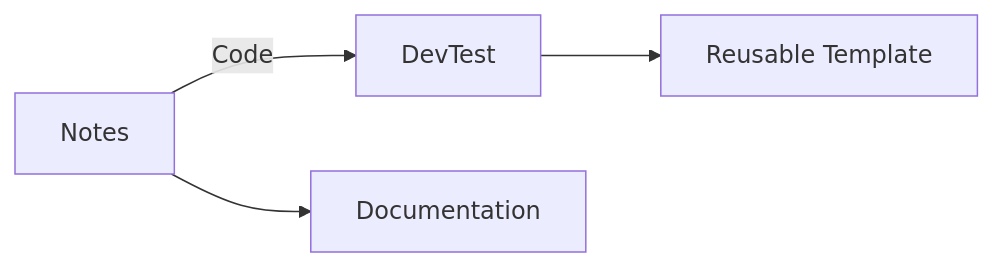
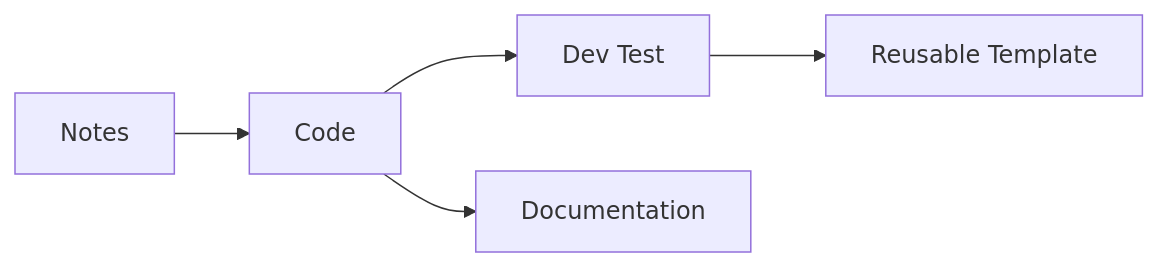
Before and after one commit to raffertyuy/Handwriting-to-Markdown-GPT: the diagram in notebooks/output.md, drawn with Mermaid. The commit also changed other lines of this file and 7 other files, not shown here.

````diff
--- a/notebooks/output.md
+++ b/notebooks/output.md
@@ -36,5 +33,7 @@
 ```mermaid
 flowchart LR
-    Notes --> |Code| DevTest --> RT[Reusable Template]
-    Notes --> Documentation
+    Notes --> Code
+    Code --> DevTest[Dev Test]
+    DevTest --> ReusableTemplate[Reusable Template]
+    Code --> Documentation
 ```
````
